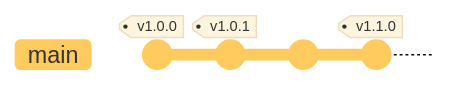
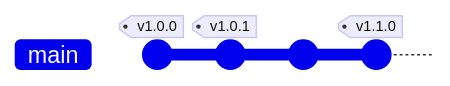
The first of 9 diagrams in src/development/dev-git-branching-strategy.md (nhsbsa/nhsbsa-digital-playbook), drawn with Mermaid before and after one commit. The commit also changed other lines of this file and 2 other files, not shown here. Commit ids are hidden.

Commit message:
a11y compliant colour theme

````diff
--- a/src/development/dev-git-branching-strategy.md
+++ b/src/development/dev-git-branching-strategy.md
@@ -22,10 +22,9 @@
 ```mermaid
-  %%{init: { 'theme': 'base', 'gitGraph': {'showCommitLabel': false, 'rotateTagLabel': true}} }%%
   gitGraph
     accTitle: "Production main branch"
     accDescr: "Git graph diagram showing a single main branch with semantic version tags on some commits"
     commit tag: "v1.0.0"
     commit tag: "v1.0.1"
     commit
     commit tag: "v1.1.0"
 ```
````
